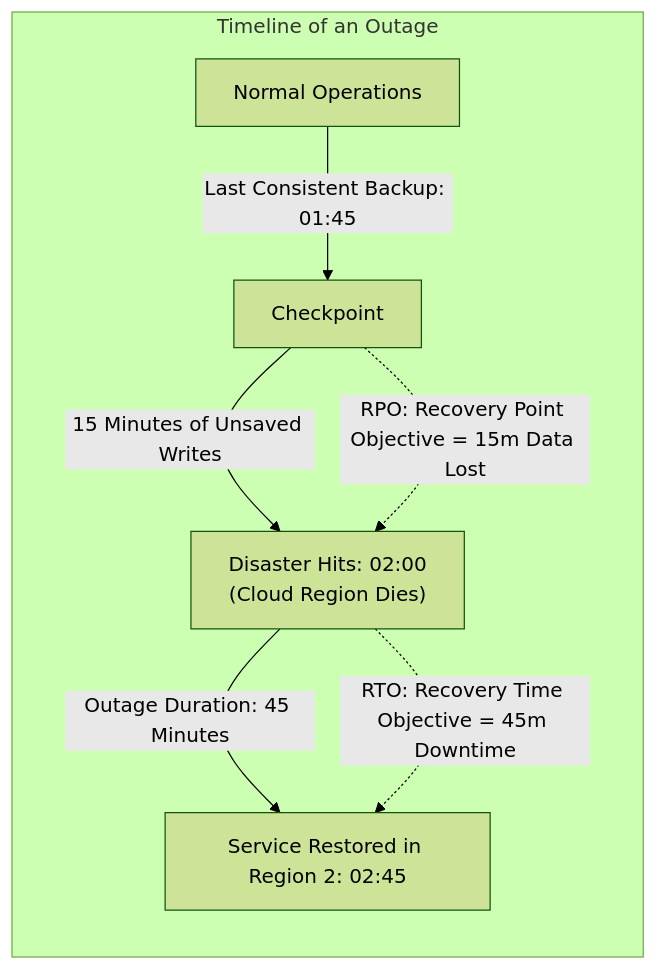
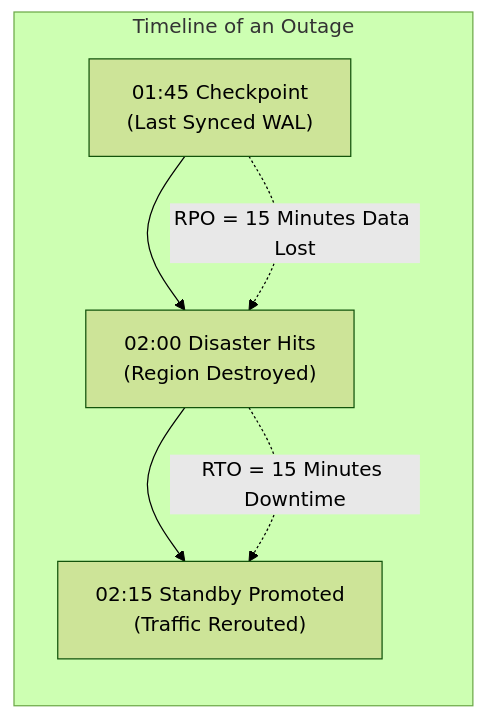
The fifth of 7 diagrams in docs/system-design/multi-region-disaster-recovery.mdx (weaponxwolf/backend-engineering-mastry), drawn with Mermaid (forest theme) before and after one commit. The commit also changed other lines of this file and 14 other files, not shown here.

Commit message:
docs: refactor and expand JPA and Hibernate architecture guide with physical memory and performance insights

````diff
--- a/docs/system-design/multi-region-disaster-recovery.mdx
+++ b/docs/system-design/multi-region-disaster-recovery.mdx
@@ -38,11 +183,10 @@
 ```mermaid
 flowchart LR
-    subgraph Timeline of an Outage
-        T0[Normal Operations] -->|Last Consistent Backup: 01:45| Bkp[Checkpoint]
-        Bkp -->|15 Minutes of Unsaved Writes| Crash["Disaster Hits: 02:00<br/>(Cloud Region Dies)"]
-        Crash -->|Outage Duration: 45 Minutes| Restored["Service Restored in Region 2: 02:45"]
+    subgraph OutageTimeline["Timeline of an Outage"]
+        T0["01:45 Checkpoint\n(Last Synced WAL)"] --> T1["02:00 Disaster Hits\n(Region Destroyed)"]
+        T1 --> T2["02:15 Standby Promoted\n(Traffic Rerouted)"]
     end
 
-    Bkp -.->|RPO: Recovery Point Objective = 15m Data Lost| Crash
-    Crash -.->|RTO: Recovery Time Objective = 45m Downtime| Restored
+    T0 -.->|RPO = 15 Minutes Data Lost| T1
+    T1 -.->|RTO = 15 Minutes Downtime| T2
 ```
````
